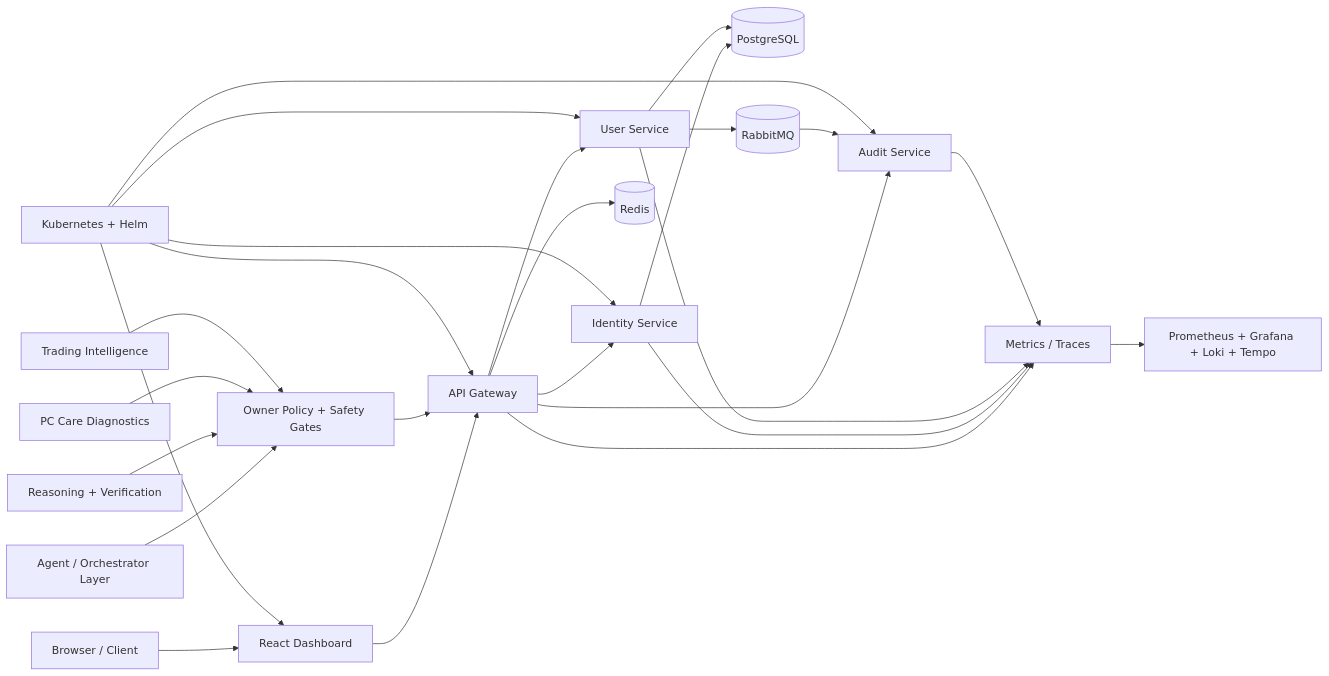
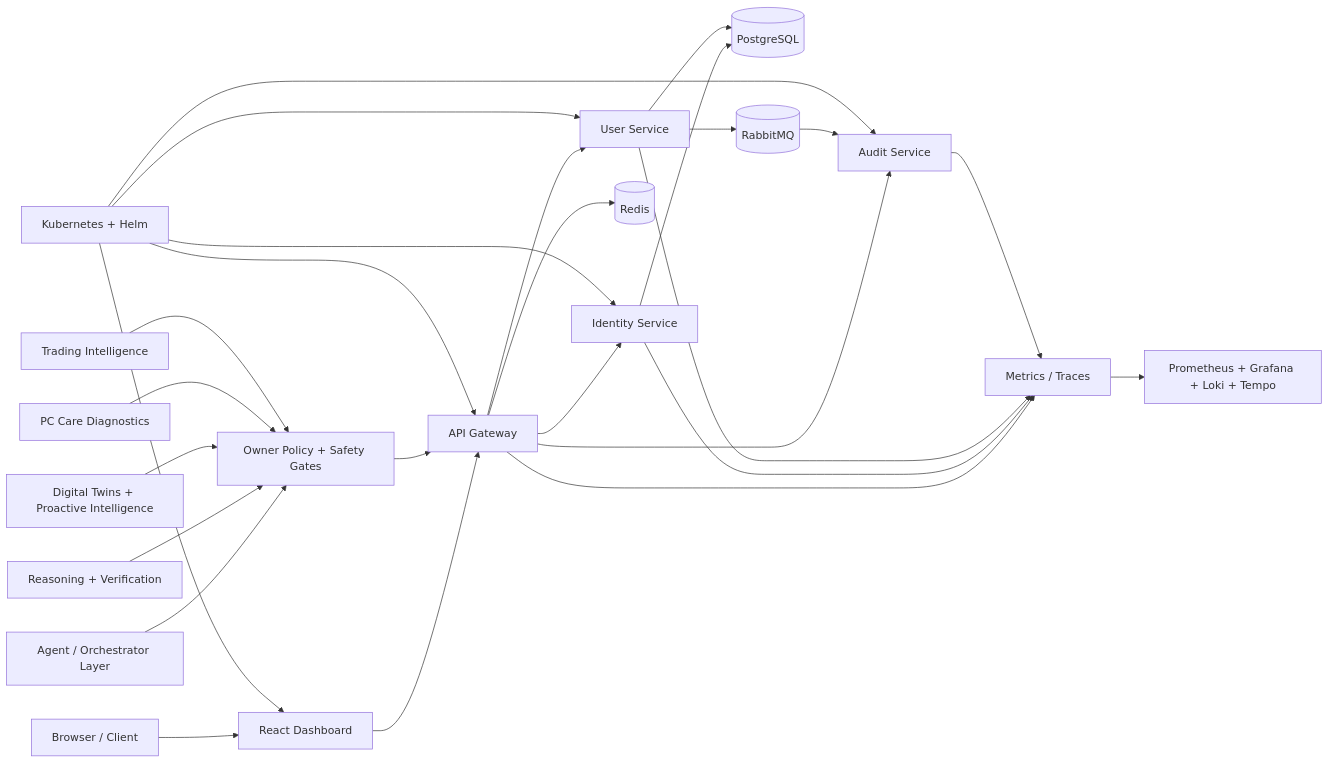
Before and after one commit to teldigi5-wq/aetheris-platform: the diagram in README.md, drawn with Mermaid. The commit also changed other lines of this file, not shown here.

Commit message:
docs: finalize Stage 31 roadmap and validation status

````diff
--- a/README.md
+++ b/README.md
@@ -95,28 +83,29 @@
 ```mermaid
 flowchart LR
     U[Browser / Client] --> D[React Dashboard]
     D --> G[API Gateway]
     G --> I[Identity Service]
     G --> S[User Service]
     G --> A[Audit Service]
     G --> R[(Redis)]
     I --> P[(PostgreSQL)]
     S --> P
     S --> M[(RabbitMQ)]
     M --> A
     G --> O[Metrics / Traces]
     I --> O
     S --> O
     A --> O
     O --> OBS[Prometheus + Grafana + Loki + Tempo]
     AG[Agent / Orchestrator Layer] --> POL[Owner Policy + Safety Gates]
     RSN[Reasoning + Verification] --> POL
+    TWIN[Digital Twins + Proactive Intelligence] --> POL
     PC[PC Care Diagnostics] --> POL
     TRD[Trading Intelligence] --> POL
     POL --> G
     K[Kubernetes + Helm] --> D
     K --> G
     K --> I
     K --> S
     K --> A
 ```
````
